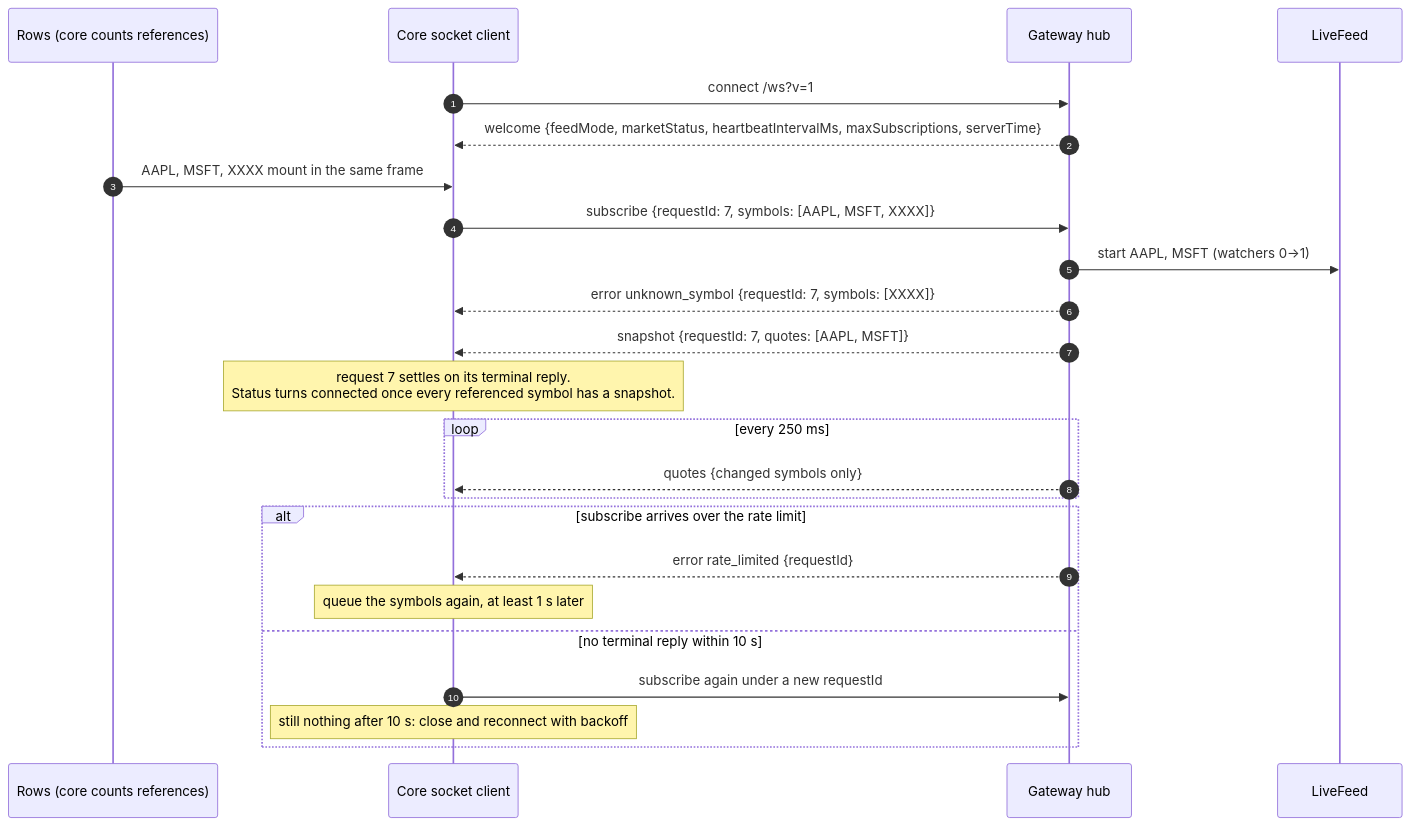
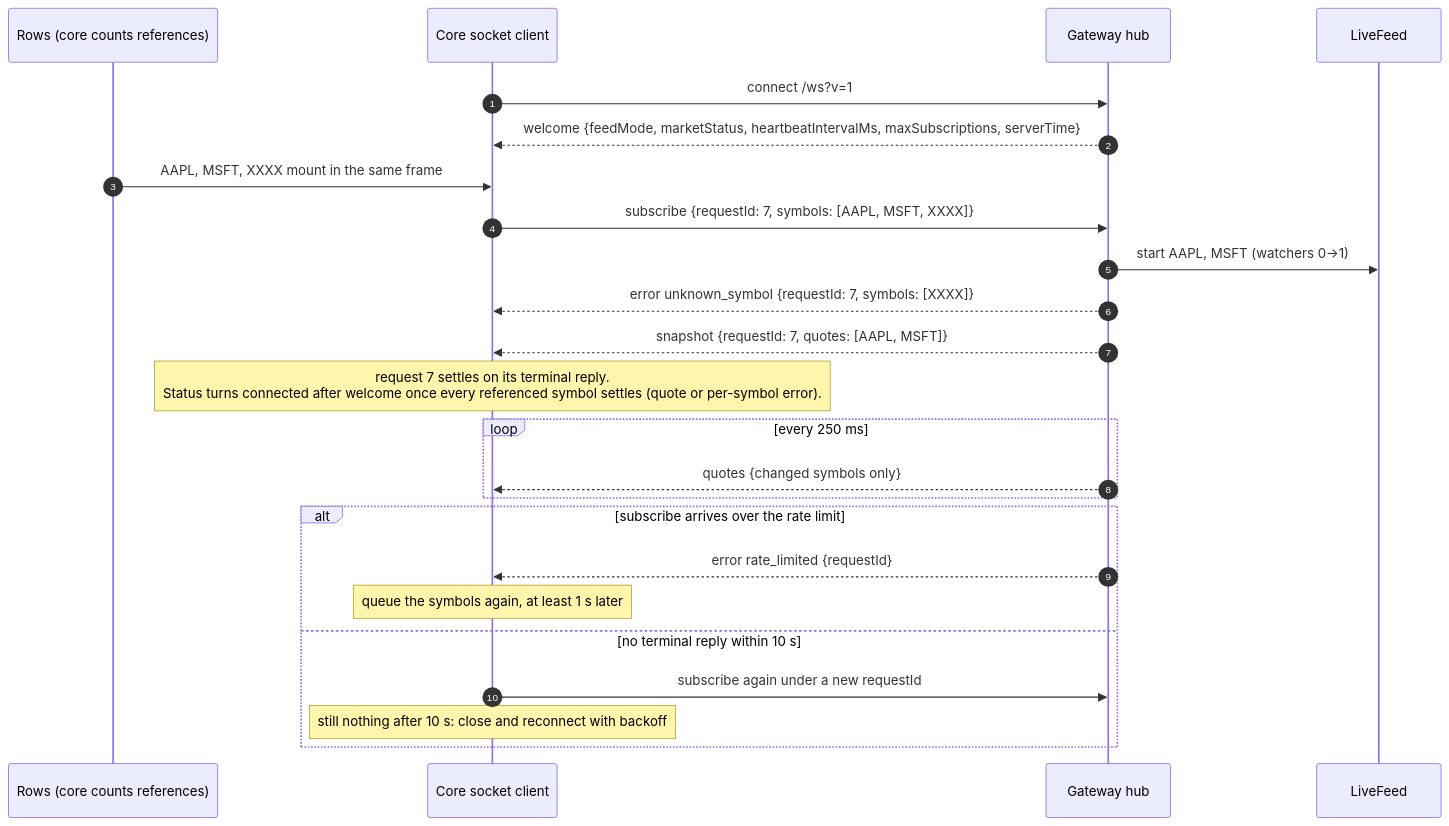
The second of 2 diagrams in docs/architecture.md (hishamank/market-watcher), drawn with Mermaid before and after one commit. The commit also changed other lines of this file and 2 other files, not shown here.

Commit message:
docs: address Sol review major findings on PR #121

````diff
--- a/docs/architecture.md
+++ b/docs/architecture.md
@@ -85,27 +85,27 @@
 ```mermaid
 sequenceDiagram
   autonumber
   participant R as Rows (core counts references)
   participant C as Core socket client
   participant G as Gateway hub
   participant F as LiveFeed
 
   C->>G: connect /ws?v=1
   G-->>C: welcome {feedMode, marketStatus, heartbeatIntervalMs, maxSubscriptions, serverTime}
   R->>C: AAPL, MSFT, XXXX mount in the same frame
   C->>G: subscribe {requestId: 7, symbols: [AAPL, MSFT, XXXX]}
   G->>F: start AAPL, MSFT (watchers 0→1)
   G-->>C: error unknown_symbol {requestId: 7, symbols: [XXXX]}
   G-->>C: snapshot {requestId: 7, quotes: [AAPL, MSFT]}
-  Note over C: request 7 settles on its terminal reply.<br/>Status turns connected once every referenced symbol has a snapshot.
+  Note over C: request 7 settles on its terminal reply.<br/>Status turns connected after welcome once every referenced symbol settles (quote or per-symbol error).
   loop every 250 ms
     G-->>C: quotes {changed symbols only}
   end
   alt subscribe arrives over the rate limit
     G-->>C: error rate_limited {requestId}
     Note over C: queue the symbols again, at least 1 s later
   else no terminal reply within 10 s
     C->>G: subscribe again under a new requestId
     Note over C: still nothing after 10 s: close and reconnect with backoff
   end
 ```
````
